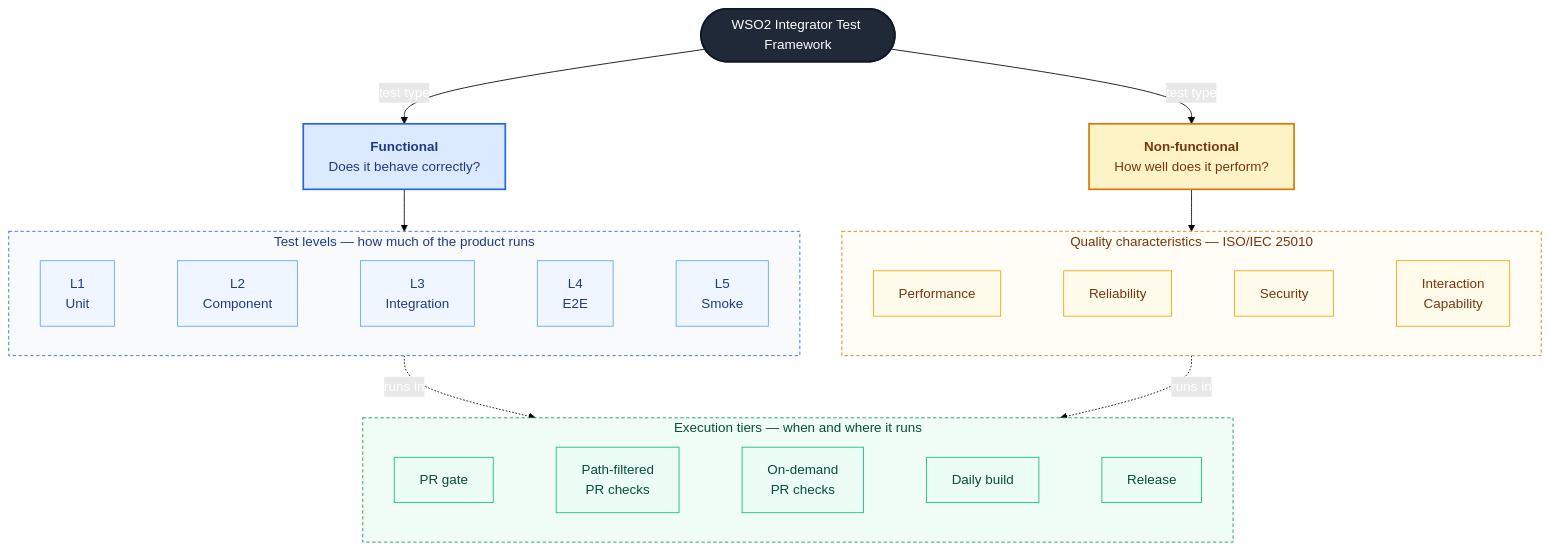
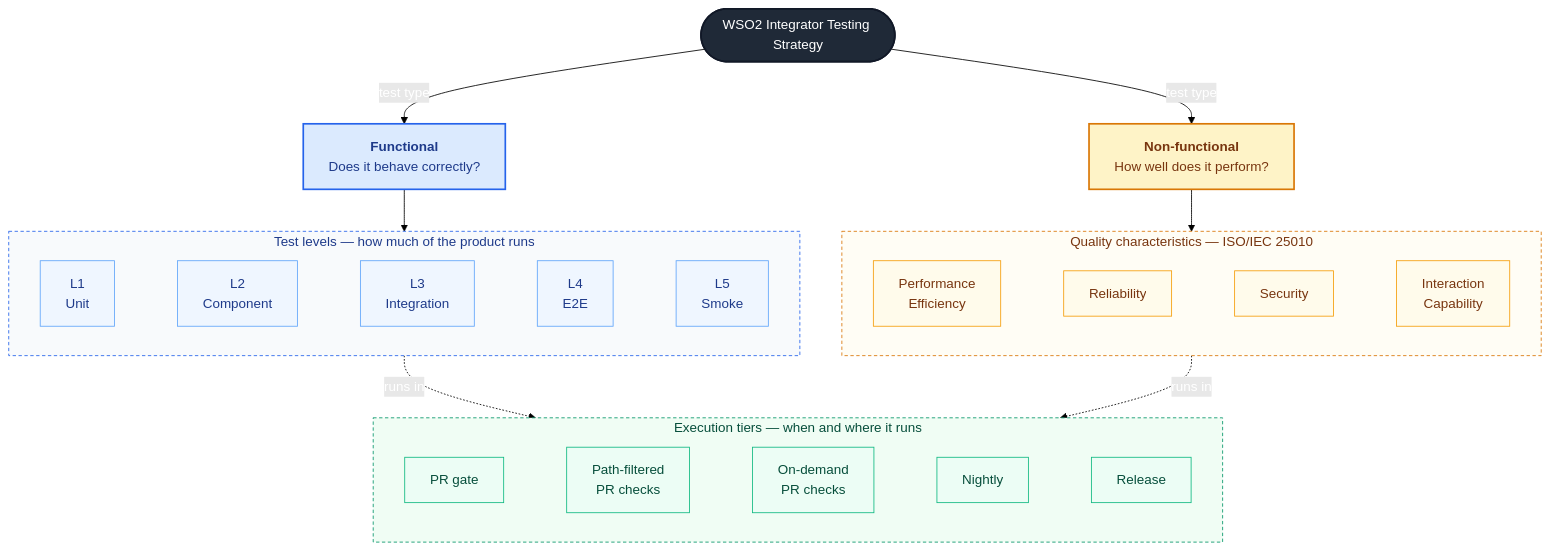
One commit to wso2/product-integrator changed the first of 2 diagrams in docs/testing-strategy.md. Above: the diagram before and after it, drawn with Mermaid (forest theme). The commit also changed other lines of this file and 1 other file, not shown here.

Commit message:
Align testing strategy with CI pipelines and fix review findings

````diff
--- a/docs/testing-strategy.md
+++ b/docs/testing-strategy.md
@@ -20,45 +20,45 @@
 ```mermaid
 flowchart TD
-    T(["WSO2 Integrator Test Framework"])
+    T(["WSO2 Integrator Testing Strategy"])
 
     T -->|test type| F["<b>Functional</b><br/>Does it behave correctly?"]
     T -->|test type| N["<b>Non-functional</b><br/>How well does it perform?"]
 
     subgraph LEVELS ["Test levels — how much of the product runs"]
         direction LR
         L1["L1<br/>Unit"] ~~~ L2["L2<br/>Component"] ~~~ L3["L3<br/>Integration"] ~~~ L4["L4<br/>E2E"] ~~~ L5["L5<br/>Smoke"]
     end
 
     subgraph QUALITY ["Quality characteristics — ISO/IEC 25010"]
         direction LR
-        P["Performance"] ~~~ R["Reliability"] ~~~ SEC["Security"] ~~~ IC["Interaction<br/>Capability"]
+        P["Performance<br/>Efficiency"] ~~~ R["Reliability"] ~~~ SEC["Security"] ~~~ IC["Interaction<br/>Capability"]
     end
 
     subgraph TIER ["Execution tiers — when and where it runs"]
         direction LR
-        G1["PR gate"] ~~~ G2["Path-filtered<br/>PR checks"] ~~~ G3["On-demand<br/>PR checks"] ~~~ G4["Daily build"] ~~~ G5["Release"]
+        G1["PR gate"] ~~~ G2["Path-filtered<br/>PR checks"] ~~~ G3["On-demand<br/>PR checks"] ~~~ G4["Nightly"] ~~~ G5["Release"]
     end
 
     F --> LEVELS
     N --> QUALITY
     LEVELS -. runs in .-> TIER
     QUALITY -. runs in .-> TIER
 
     classDef root fill:#1f2937,stroke:#111827,color:#ffffff,stroke-width:2px
     classDef func fill:#dbeafe,stroke:#2563eb,color:#1e3a8a,stroke-width:2px
     classDef nonfunc fill:#fef3c7,stroke:#d97706,color:#78350f,stroke-width:2px
     classDef level fill:#eff6ff,stroke:#60a5fa,color:#1e3a8a
     classDef quality fill:#fffbeb,stroke:#f59e0b,color:#78350f
     classDef tier fill:#ecfdf5,stroke:#10b981,color:#064e3b
 
     class T root
     class F func
     class N nonfunc
     class L1,L2,L3,L4,L5 level
     class P,R,IC,SEC quality
     class G1,G2,G3,G4,G5 tier
 
     style LEVELS fill:#f8fafc,stroke:#2563eb,stroke-dasharray:4 3,color:#1e3a8a
     style QUALITY fill:#fffdf5,stroke:#d97706,stroke-dasharray:4 3,color:#78350f
     style TIER fill:#f0fdf4,stroke:#059669,stroke-dasharray:4 3,color:#064e3b
 ```
````
